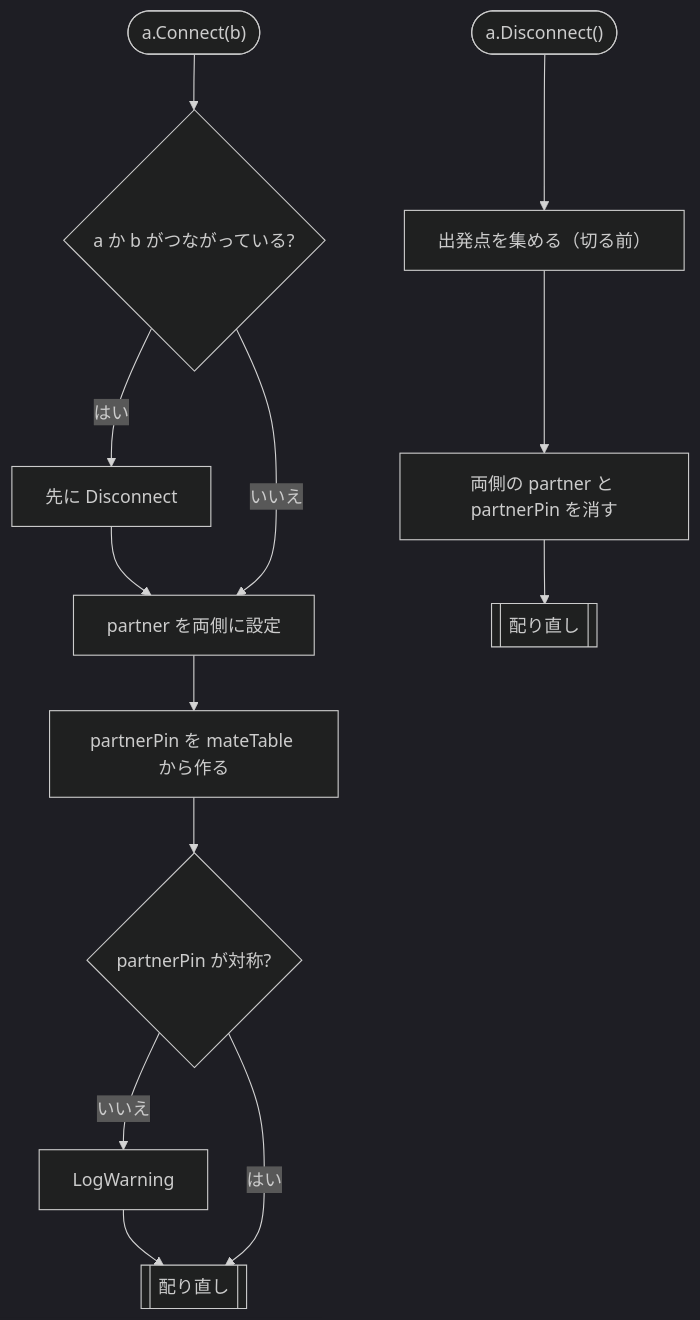
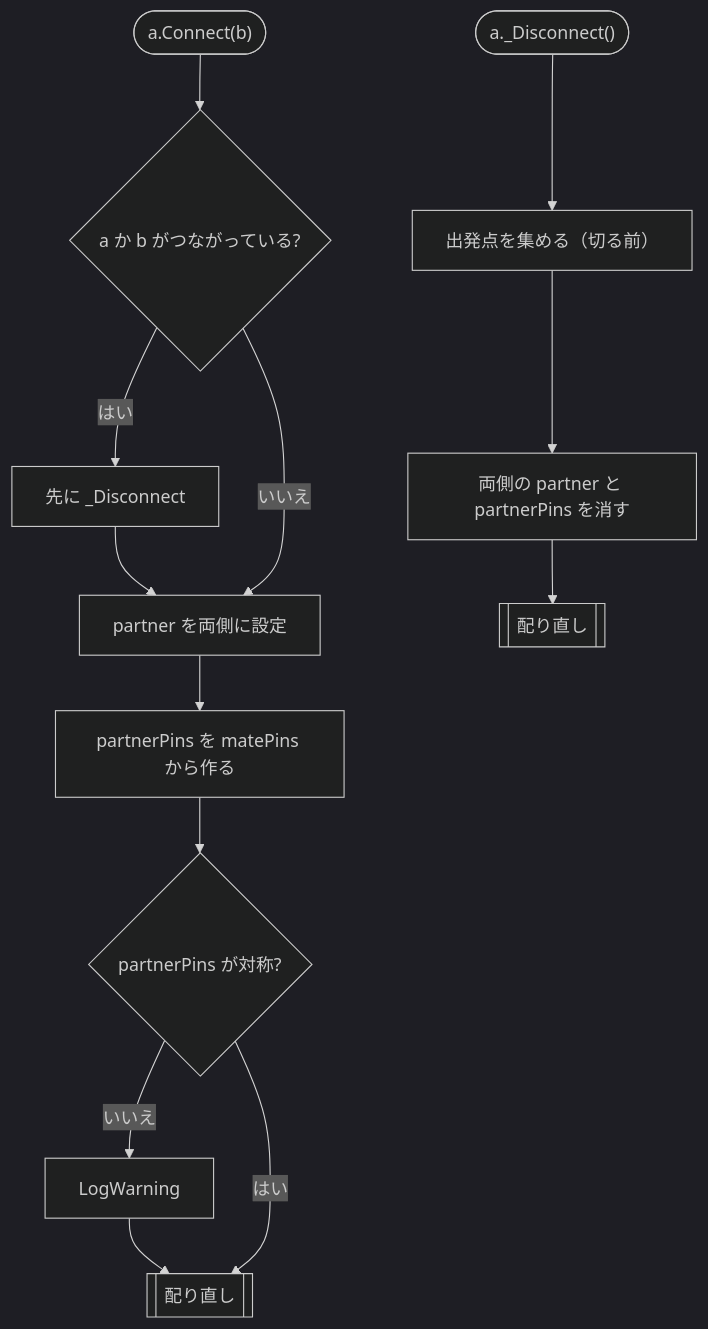
The second of 3 diagrams in Design.md (frou01/UdonSharpPickupCable), drawn with Mermaid (dark theme) before and after one commit. The commit also changed other lines of this file and 36 other files, not shown here.

````diff
--- a/Design.md
+++ b/Design.md
@@ -148,13 +146,13 @@
 ```mermaid
 flowchart TD
   c0(["a.Connect(b)"]) --> c1{"a か b がつながっている?"}
-  c1 -- はい --> c2["先に Disconnect"] --> c3
+  c1 -- はい --> c2["先に _Disconnect"] --> c3
   c1 -- いいえ --> c3["partner を両側に設定"]
-  c3 --> c4["partnerPin を mateTable から作る"]
-  c4 --> c5{"partnerPin が対称?"}
+  c3 --> c4["partnerPins を matePins から作る"]
+  c4 --> c5{"partnerPins が対称?"}
   c5 -- いいえ --> c6["LogWarning"] --> c7
   c5 -- はい --> c7[["配り直し"]]
-  d0(["a.Disconnect()"]) --> d1["出発点を集める（切る前）"]
-  d1 --> d2["両側の partner と partnerPin を消す"]
+  d0(["a._Disconnect()"]) --> d1["出発点を集める（切る前）"]
+  d1 --> d2["両側の partner と partnerPins を消す"]
   d2 --> d3[["配り直し"]]
 ```
````
